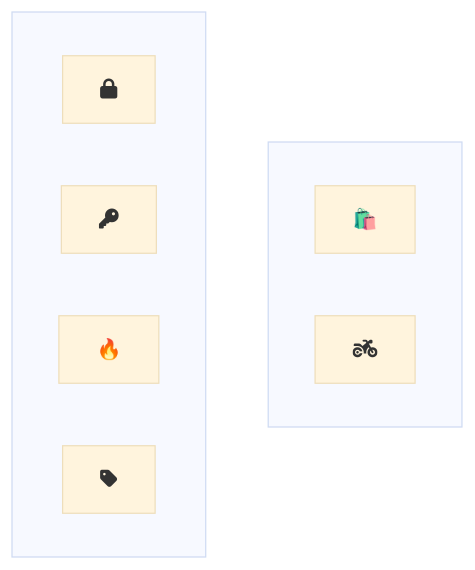
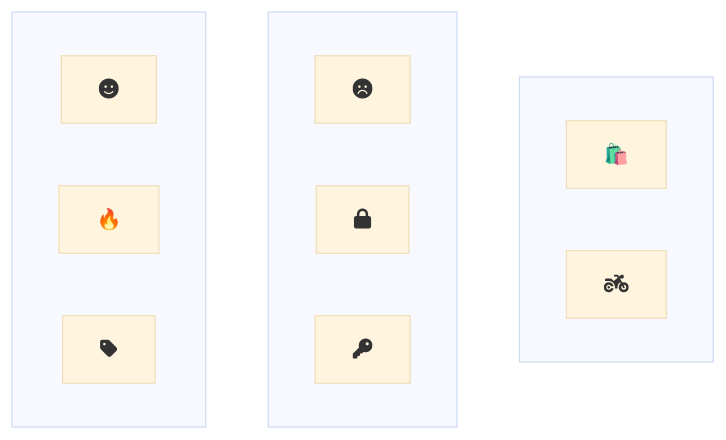
The fourth of 4 diagrams in _posts/2024-07-13-pesimistic-locking-and-optimistic-locking-patterns.md (kelvin-bz/blog), drawn with Mermaid (base theme) before and after one commit. The commit also changed 2 other files, not shown here.

Commit message:
Add Microservices, Modular Monoliths, or Distributed Monoliths

````diff
--- a/_posts/2024-07-13-pesimistic-locking-and-optimistic-locking-patterns.md
+++ b/_posts/2024-07-13-pesimistic-locking-and-optimistic-locking-patterns.md
@@ -159,13 +159,20 @@
 ```mermaid
 graph 
  subgraph  
     concurrency["🛍️"]
     race[""fa:fa-motorcycle""]
  end
+
  subgraph  
- Lock-Acquisition["fa:fa-lock"]
- unlock["fa:fa-key"]
- conflict["🔥"]
- version["fa:fa-tag"]
+  pessimistic["fa:fa-face-frown"]
+  Lock-Acquisition["fa:fa-lock"]
+  unlock["fa:fa-key"]
+ end 
+ 
+ subgraph  
+  optimistic["fa:fa-face-smile"]
+  conflict["🔥"]
+   version["fa:fa-tag"]
  end
+
 ```
````
